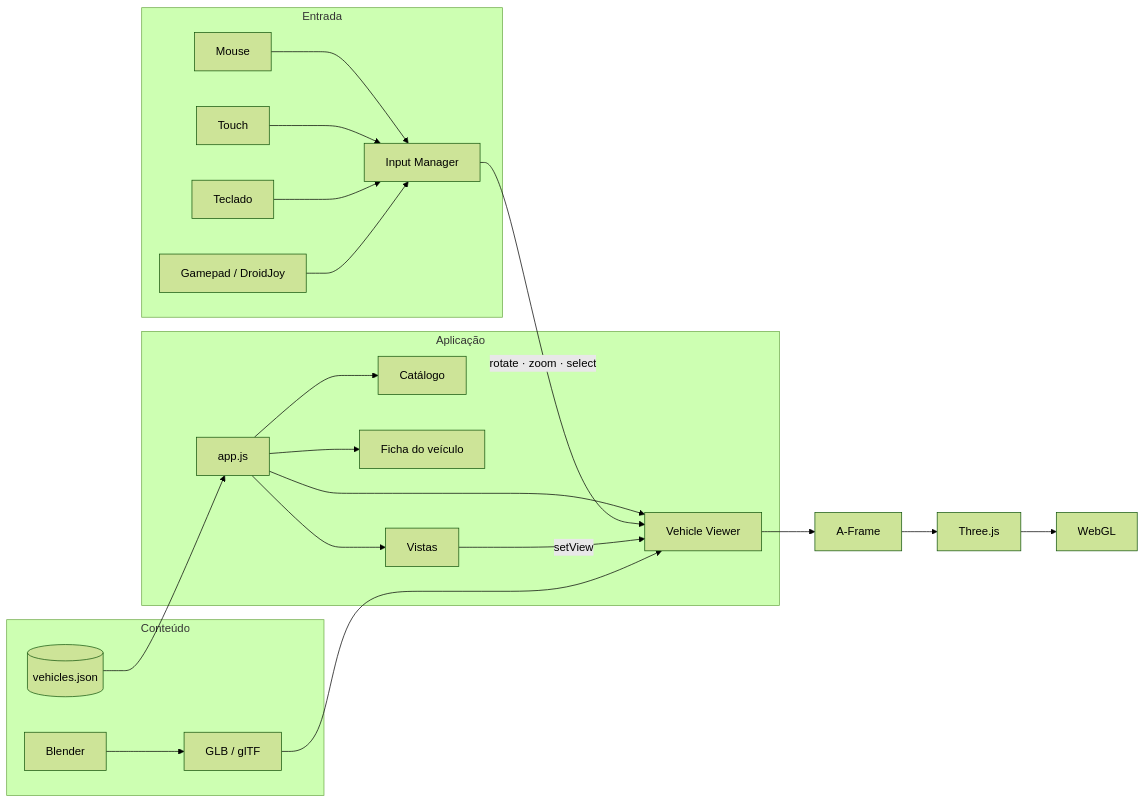
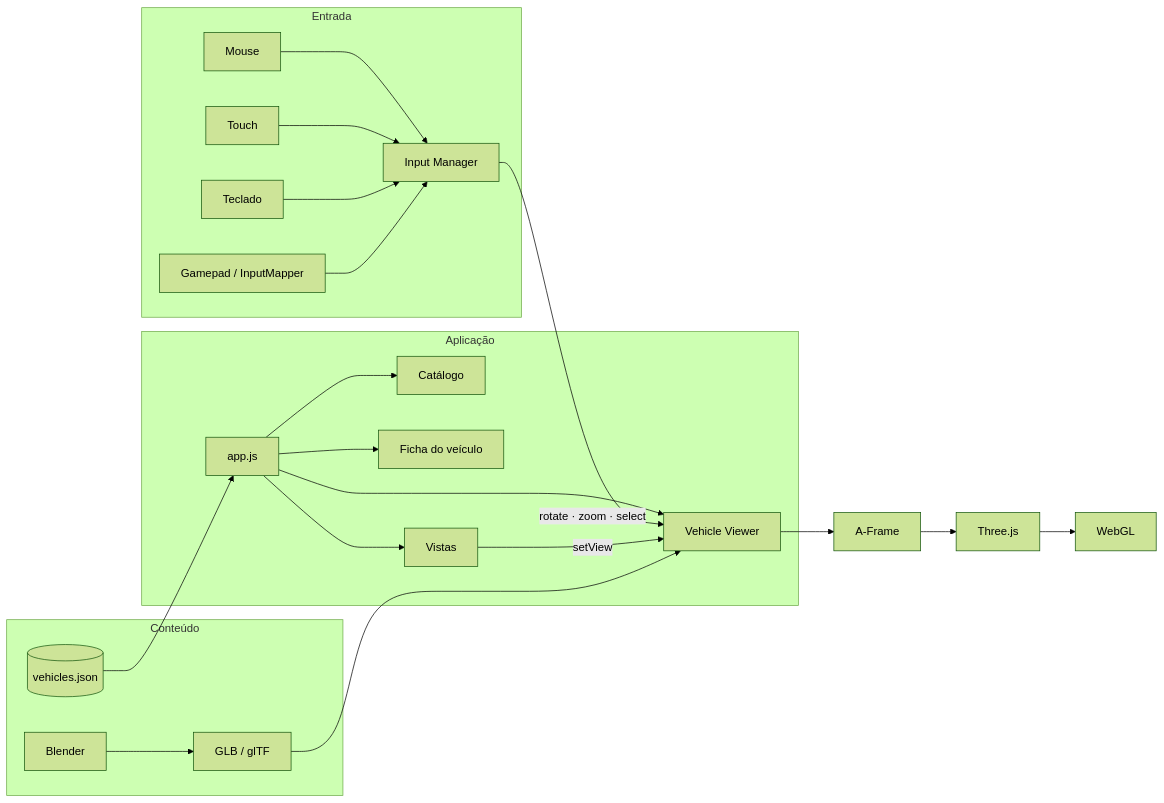
Before and after one commit to lianeheidemann/vehicle-3d-showroom: the diagram in README.md, drawn with Mermaid (forest theme). The commit also changed other lines of this file and 25 other files, not shown here.

First line of the commit message:
Modulariza o código, guia de modelos 3D e InputMapper

````diff
--- a/README.md
+++ b/README.md
@@ -84,27 +84,27 @@
 ```mermaid
 flowchart LR
     subgraph Conteúdo
         B[Blender] --> G[GLB / glTF]
         J[(vehicles.json)]
     end
 
     subgraph Entrada
         M[Mouse] --> IM[Input Manager]
         TO[Touch] --> IM
         K[Teclado] --> IM
-        GP[Gamepad / DroidJoy] --> IM
+        GP[Gamepad / InputMapper] --> IM
     end
 
     subgraph Aplicação
         APP[app.js] --> C[Catálogo]
         APP --> I[Ficha do veículo]
         APP --> GA[Vistas]
         APP --> V[Vehicle Viewer]
     end
 
     J --> APP
     IM -- "rotate · zoom · select" --> V
     GA -- "setView" --> V
     G --> V
     V --> A[A-Frame] --> T[Three.js] --> W[WebGL]
 ```
````
